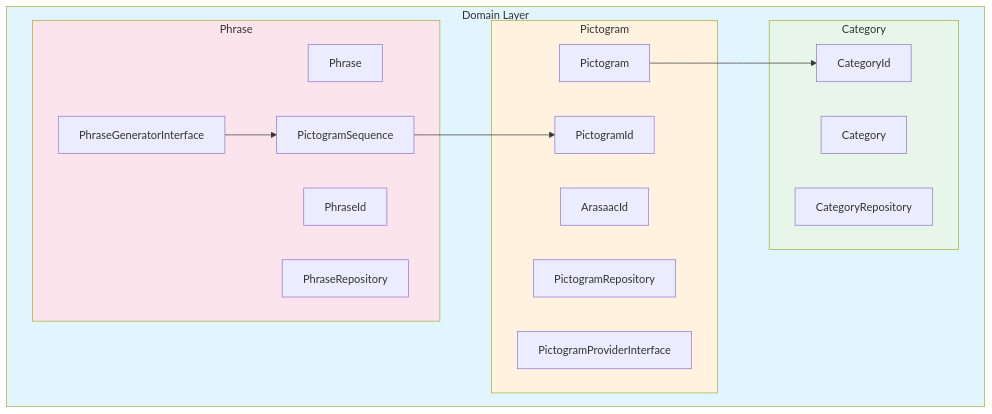
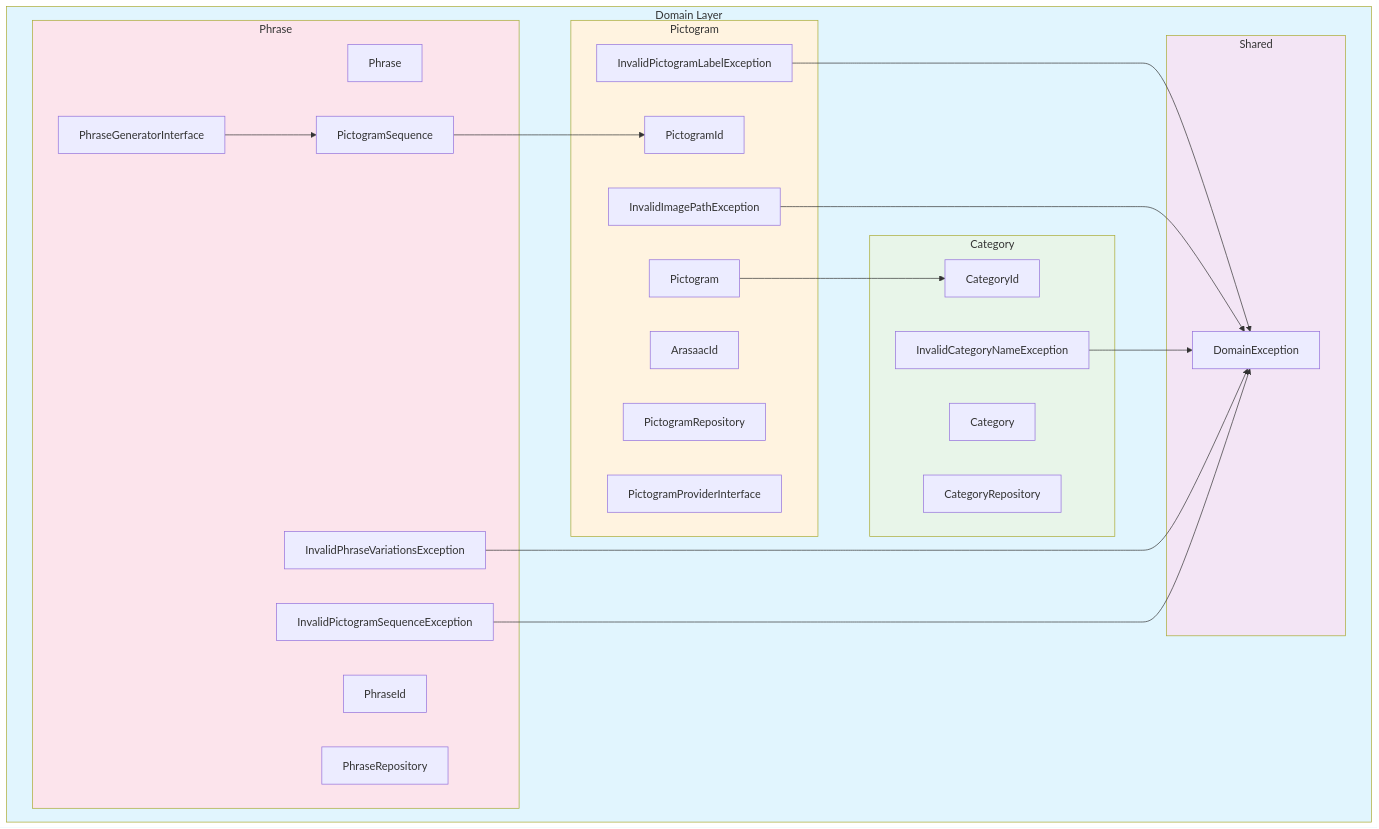
The third of 5 diagrams in docs/diagrams/domain-layer.md (luismiglezmohino/HablaIA), drawn with Mermaid before and after one commit. The commit also changed other lines of this file and 21 other files, not shown here.

````diff
--- a/docs/diagrams/domain-layer.md
+++ b/docs/diagrams/domain-layer.md
@@ -150,35 +150,51 @@
 ```mermaid
 graph TB
     subgraph Domain["Domain Layer"]
+        subgraph SharedModule["Shared"]
+            S_Exception[DomainException]
+        end
+
         subgraph PictogramModule["Pictogram"]
             P_Entity[Pictogram]
             P_VO1[PictogramId]
             P_VO2[ArasaacId]
+            P_Exc1[InvalidPictogramLabelException]
+            P_Exc2[InvalidImagePathException]
             P_Repo[PictogramRepository]
             P_Service[PictogramProviderInterface]
         end
 
         subgraph CategoryModule["Category"]
             C_Entity[Category]
             C_VO[CategoryId]
+            C_Exc[InvalidCategoryNameException]
             C_Repo[CategoryRepository]
         end
 
         subgraph PhraseModule["Phrase"]
             Ph_Entity[Phrase]
             Ph_VO1[PhraseId]
             Ph_VO2[PictogramSequence]
+            Ph_Exc1[InvalidPhraseVariationsException]
+            Ph_Exc2[InvalidPictogramSequenceException]
             Ph_Repo[PhraseRepository]
             Ph_Service[PhraseGeneratorInterface]
         end
     end
 
     P_Entity --> C_VO
     Ph_VO2 --> P_VO1
     Ph_Service --> Ph_VO2
 
+    P_Exc1 --> S_Exception
+    P_Exc2 --> S_Exception
+    C_Exc --> S_Exception
+    Ph_Exc1 --> S_Exception
+    Ph_Exc2 --> S_Exception
+
     style Domain fill:#e1f5fe
+    style SharedModule fill:#f3e5f5
     style PictogramModule fill:#fff3e0
     style CategoryModule fill:#e8f5e9
     style PhraseModule fill:#fce4ec
 ```
````
